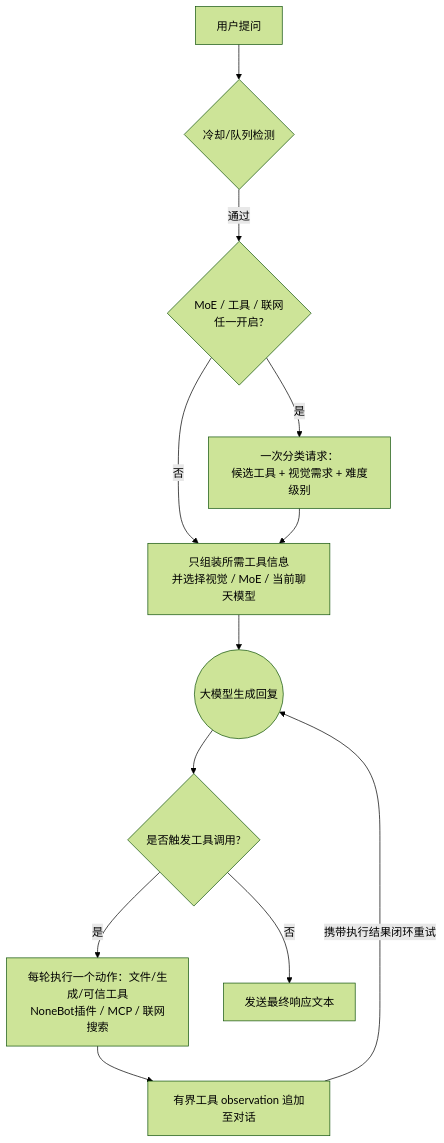
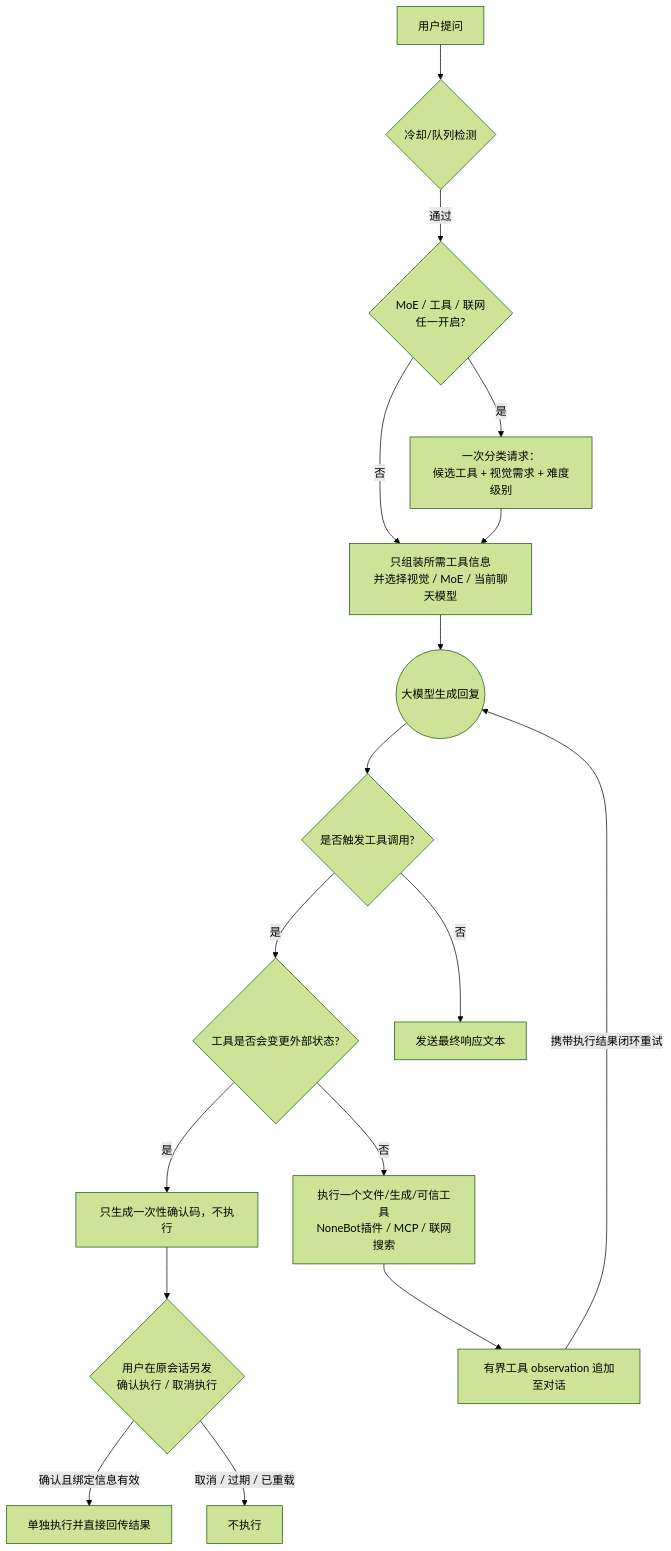
Before and after one commit to LoCCai/nonebot-plugin-moellmchats: the diagram in README.md, drawn with Mermaid (forest theme). The commit also changed other lines of this file and 59 other files, not shown here.

````diff
--- a/README.md
+++ b/README.md
@@ -183,19 +197,24 @@
 ```mermaid
 flowchart TD
     A[用户提问] --> B{冷却/队列检测}
     B -->|通过| C{MoE / 工具 / 联网<br>任一开启?}
 
     C -->|是| C_Cond[一次分类请求：<br>候选工具 + 视觉需求 + 难度级别]
     C -->|否| D
     C_Cond --> D
 
     D[只组装所需工具信息<br>并选择视觉 / MoE / 当前聊天模型] --> E((大模型生成回复))
 
     E --> F{是否触发工具调用?}
 
-    F -->|是| G[每轮执行一个动作：文件/生成/可信工具<br>NoneBot插件 / MCP / 联网搜索]
-    G --> H[有界工具 observation 追加至对话]
-    H -->|携带执行结果闭环重试| E
+    F -->|是| G{工具是否会变更外部状态?}
+    G -->|否| H[执行一个文件/生成/可信工具<br>NoneBot插件 / MCP / 联网搜索]
+    G -->|是| J[只生成一次性确认码，不执行]
+    J --> K{用户在原会话另发<br>确认执行 / 取消执行}
+    K -->|确认且绑定信息有效| N[单独执行并直接回传结果]
+    K -->|取消 / 过期 / 已重载| L[不执行]
+    H --> M[有界工具 observation 追加至对话]
+    M -->|携带执行结果闭环重试| E
 
     F -->|否| I[发送最终响应文本]
 ```
````
